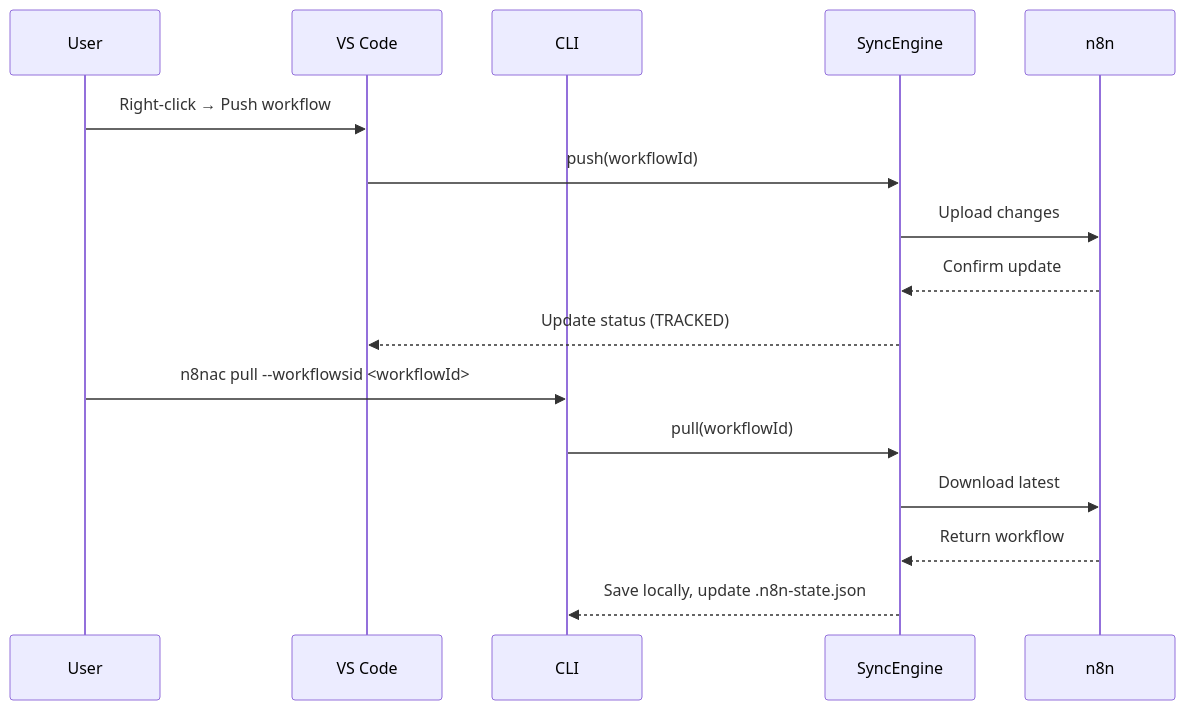
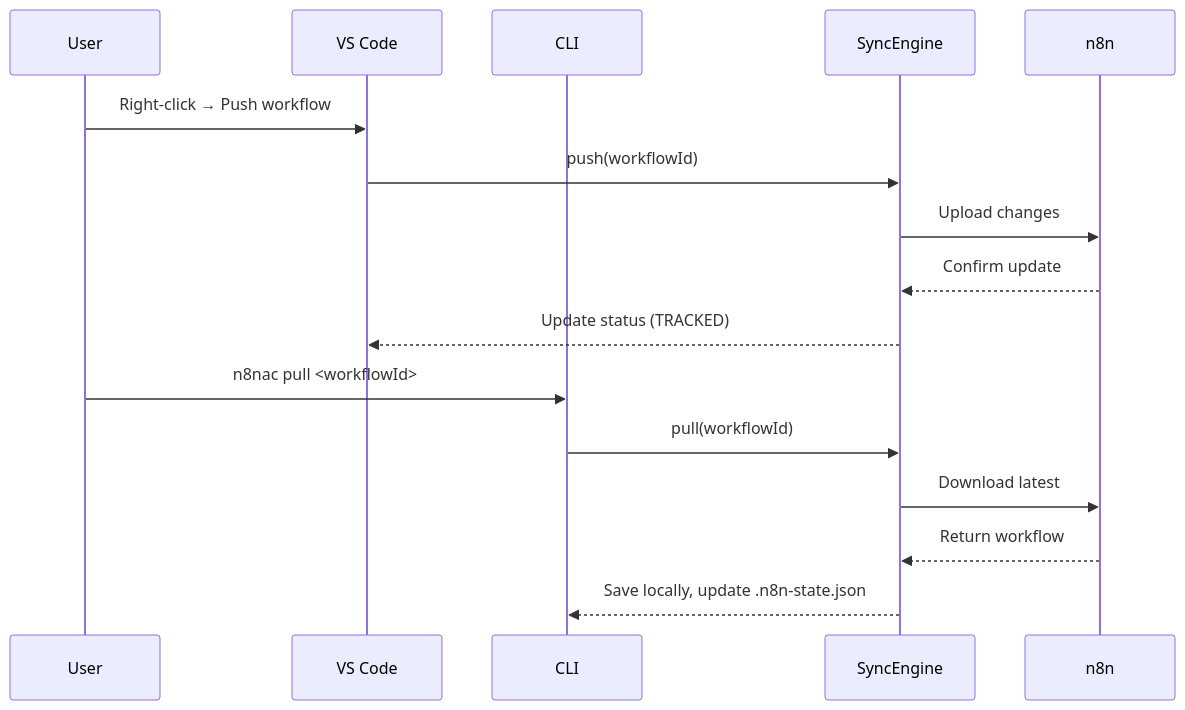
One commit to EtienneLescot/n8n-as-code changed the third of 3 diagrams in docs/docs/contribution/architecture.md. Above: the diagram before and after it, drawn with Mermaid. The commit also changed 7 other files, not shown here.

````diff
--- a/docs/docs/contribution/architecture.md
+++ b/docs/docs/contribution/architecture.md
@@ -326,20 +326,20 @@
 ```mermaid
 sequenceDiagram
     participant User
     participant VS Code
     participant CLI
     participant SyncEngine
     participant n8n
     
     User->>VS Code: Right-click → Push workflow
     VS Code->>SyncEngine: push(workflowId)
     SyncEngine->>n8n: Upload changes
     n8n-->>SyncEngine: Confirm update
     SyncEngine-->>VS Code: Update status (TRACKED)
     
-    User->>CLI: n8nac pull --workflowsid <workflowId>
+    User->>CLI: n8nac pull <workflowId>
     CLI->>SyncEngine: pull(workflowId)
     SyncEngine->>n8n: Download latest
     n8n-->>SyncEngine: Return workflow
     SyncEngine-->>CLI: Save locally, update .n8n-state.json
 ```
````
